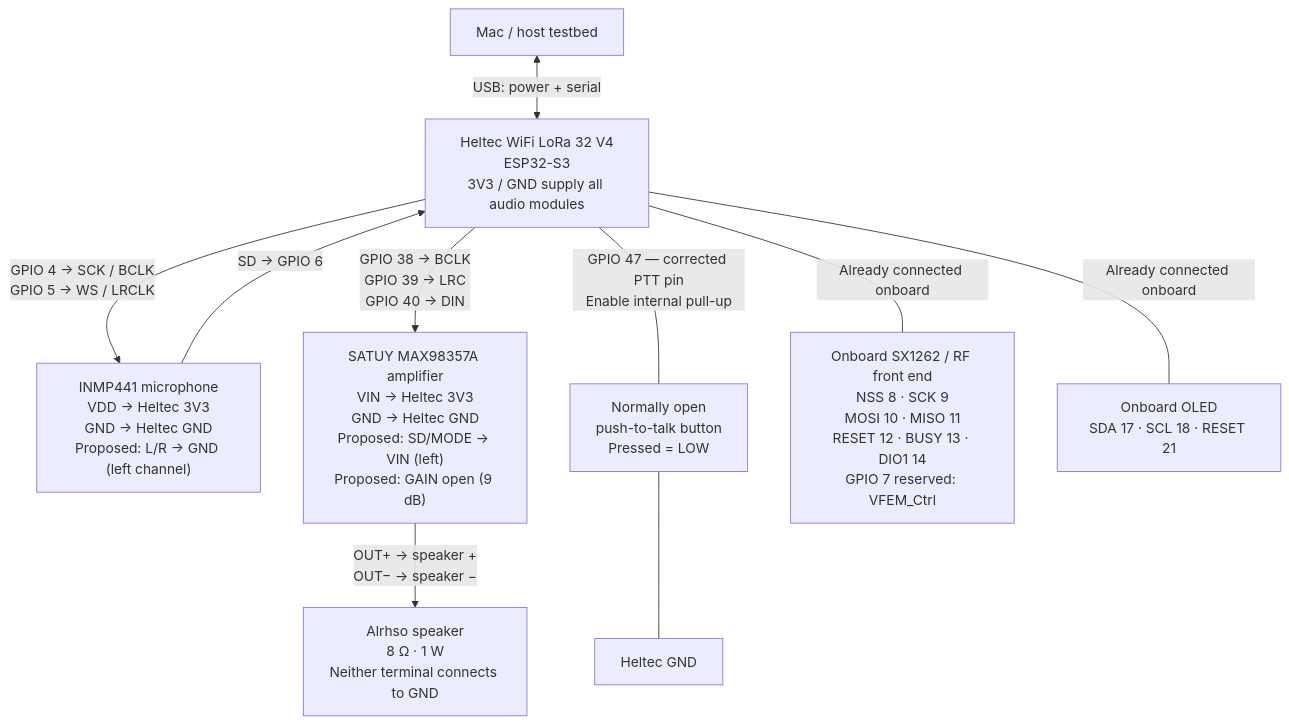
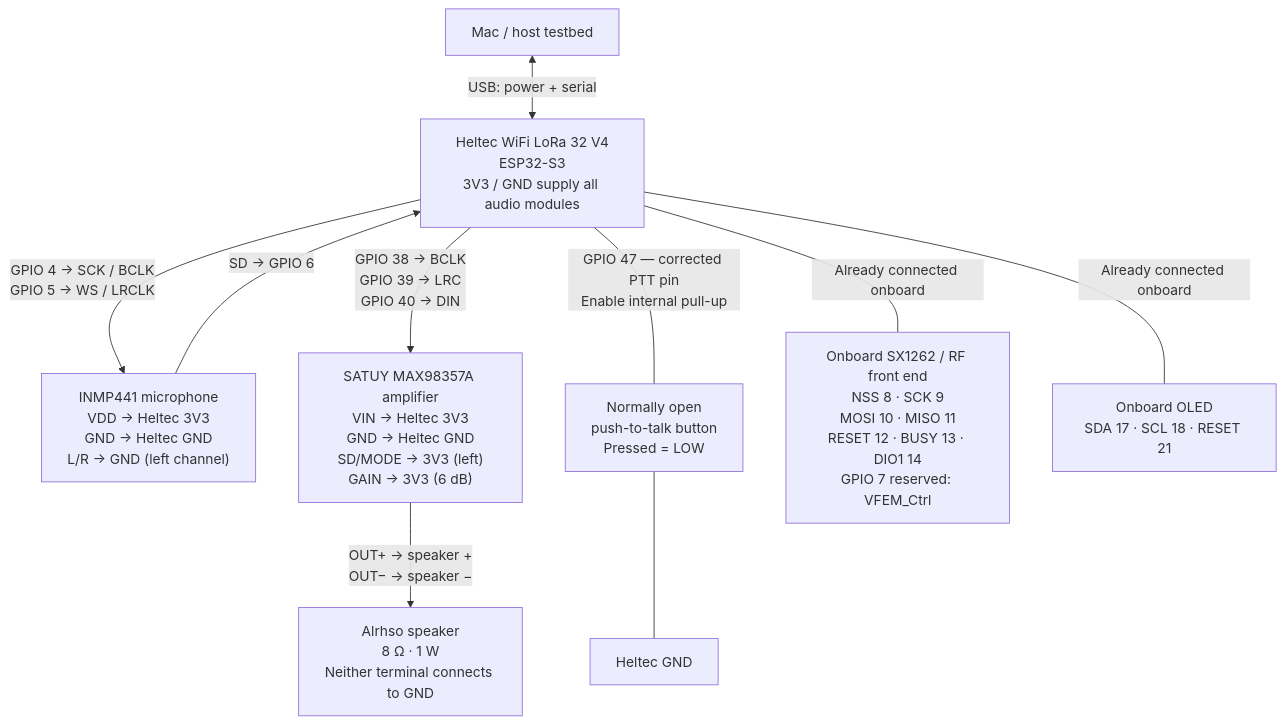
One commit to angel-vazquez18/ESP_LoRaLab changed the diagram in hardware/reference/node-wiring.mmd. Above: the diagram before and after it, drawn with Mermaid. The commit also changed 14 other files, not shown here.

Commit message:
docs: record node roadmap, wiring, and memory bring-up

```diff
--- a/hardware/reference/node-wiring.mmd
+++ b/hardware/reference/node-wiring.mmd
@@ -1,19 +1,19 @@
 flowchart TB
     HOST["Mac / host testbed"]
     ESP["Heltec WiFi LoRa 32 V4<br/>ESP32-S3<br/>3V3 / GND supply all audio modules"]
-    MIC["INMP441 microphone<br/>VDD → Heltec 3V3<br/>GND → Heltec GND<br/>Proposed: L/R → GND (left channel)"]
-    AMP["SATUY MAX98357A amplifier<br/>VIN → Heltec 3V3<br/>GND → Heltec GND<br/>Proposed: SD/MODE → VIN (left)<br/>Proposed: GAIN open (9 dB)"]
+    MIC["INMP441 microphone<br/>VDD → Heltec 3V3<br/>GND → Heltec GND<br/>L/R → GND (left channel)"]
+    AMP["SATUY MAX98357A amplifier<br/>VIN → Heltec 3V3<br/>GND → Heltec GND<br/>SD/MODE → 3V3 (left)<br/>GAIN → 3V3 (6 dB)"]
     SPK["Alrhso speaker<br/>8 Ω · 1 W<br/>Neither terminal connects to GND"]
     BTN["Normally open<br/>push-to-talk button<br/>Pressed = LOW"]
     GND["Heltec GND"]
     RADIO["Onboard SX1262 / RF front end<br/>NSS 8 · SCK 9<br/>MOSI 10 · MISO 11<br/>RESET 12 · BUSY 13 · DIO1 14<br/>GPIO 7 reserved: VFEM_Ctrl"]
     OLED["Onboard OLED<br/>SDA 17 · SCL 18 · RESET 21"]
     HOST <-->|"USB: power + serial"| ESP
     ESP -->|"GPIO 4 → SCK / BCLK<br/>GPIO 5 → WS / LRCLK"| MIC
     MIC -->|"SD → GPIO 6"| ESP
     ESP -->|"GPIO 38 → BCLK<br/>GPIO 39 → LRC<br/>GPIO 40 → DIN"| AMP
     AMP -->|"OUT+ → speaker +<br/>OUT− → speaker −"| SPK
     ESP ---|"GPIO 47 — corrected PTT pin<br/>Enable internal pull-up"| BTN
     BTN --- GND
     ESP ---|"Already connected onboard"| RADIO
     ESP ---|"Already connected onboard"| OLED
```
